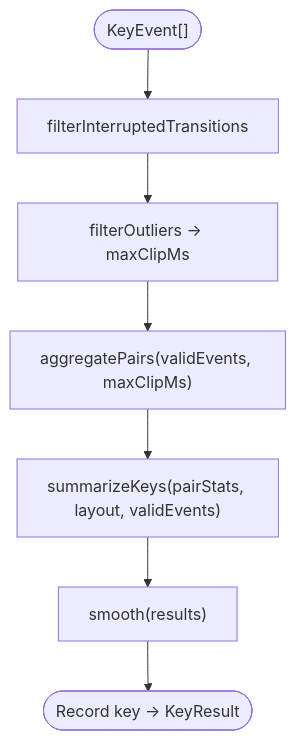
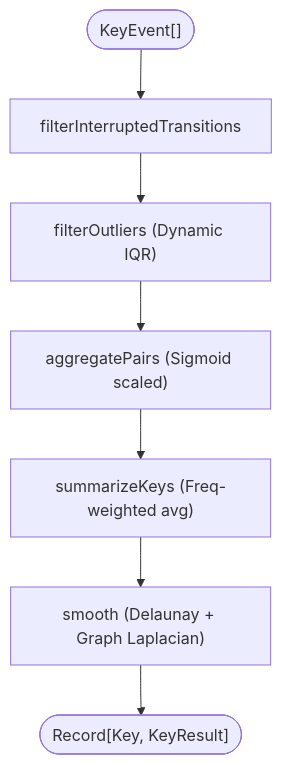
Before and after one commit to JSkutor/typediag: the diagram in docs/SKDM_ARCHITECTURE.md, drawn with Mermaid. The commit also changed other lines of this file and 10 other files, not shown here.

````diff
--- a/docs/SKDM_ARCHITECTURE.md
+++ b/docs/SKDM_ARCHITECTURE.md
@@ -87,10 +46,10 @@
 ```mermaid
 flowchart TD
     Raw(["KeyEvent[]"])
     --> F1["filterInterruptedTransitions"]
-    --> F2["filterOutliers → maxClipMs"]
-    --> F3["aggregatePairs(validEvents, maxClipMs)"]
-    --> F4["summarizeKeys(pairStats, layout, validEvents)"]
-    --> F5["smooth(results)"]
-    --> Out(["Record key → KeyResult"])
+    --> F2["filterOutliers (Dynamic IQR)"]
+    --> F3["aggregatePairs (Sigmoid scaled)"]
+    --> F4["summarizeKeys (Freq-weighted avg)"]
+    --> F5["smooth (Delaunay + Graph Laplacian)"]
+    --> Out(["Record[Key, KeyResult]"])
 ```
````
